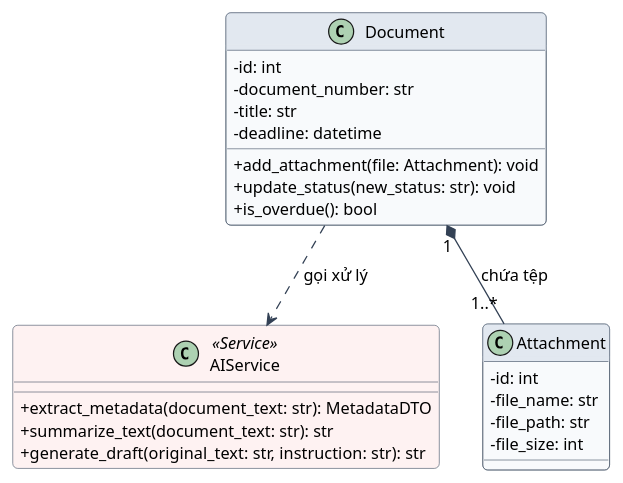
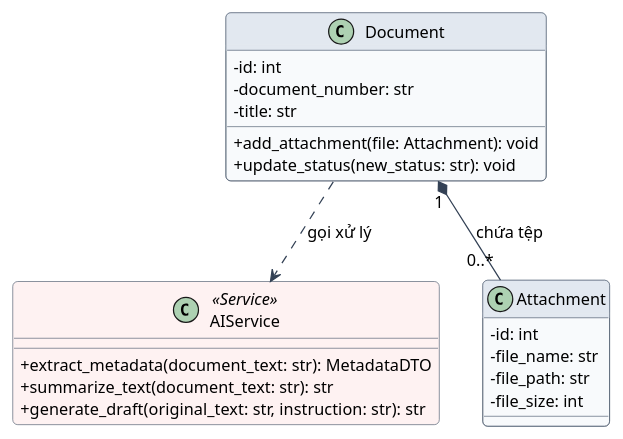
Diagram 11 of 13 in .agents/skills/plantuml/SKILL.md (maresea/nanana-adomixi), drawn with PlantUML before and after one commit. The commit also changed other lines of this file and 8 other files, not shown here.

````diff
--- a/.agents/skills/plantuml/SKILL.md
+++ b/.agents/skills/plantuml/SKILL.md
@@ -506,46 +506,44 @@
 ```plantuml
 @startuml
 skinparam backgroundColor #FFFFFF
 skinparam shadowing false
 skinparam RoundCorner 8
 skinparam defaultFontName Arial
 skinparam defaultFontSize 13
 skinparam classAttributeIconSize 0
 
 skinparam class {
     BackgroundColor #F8FAFC
     BorderColor #475569
     ArrowColor #334155
     HeaderBackgroundColor #E2E8F0
 }
 
 ' Lớp AI được tô màu nhận diện riêng
 class AIService <<Service>> #FEF2F2 {
     + extract_metadata(document_text: str): MetadataDTO
     + summarize_text(document_text: str): str
     + generate_draft(original_text: str, instruction: str): str
 }
 
 class Document {
     - id: int
     - document_number: str
     - title: str
-    - deadline: datetime
     + add_attachment(file: Attachment): void
     + update_status(new_status: str): void
-    + is_overdue(): bool
 }
 
 class Attachment {
     - id: int
     - file_name: str
     - file_path: str
     - file_size: int
 }
 
 ' Quan hệ
-Document "1" *-- "1..*" Attachment : "chứa tệp"
+Document "1" *-- "0..*" Attachment : "chứa tệp"
 Document ..> AIService : "gọi xử lý"
 
 @enduml
 ```
````
